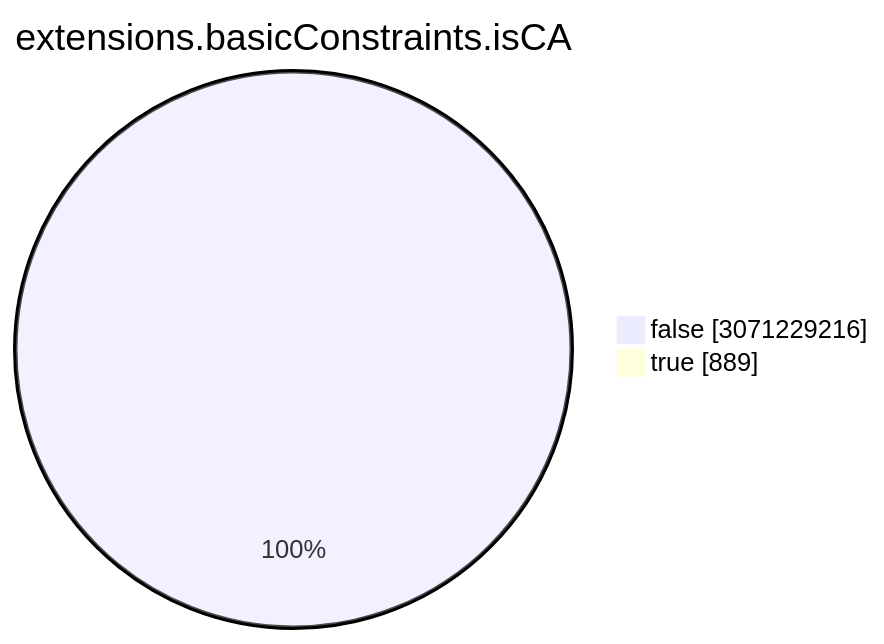
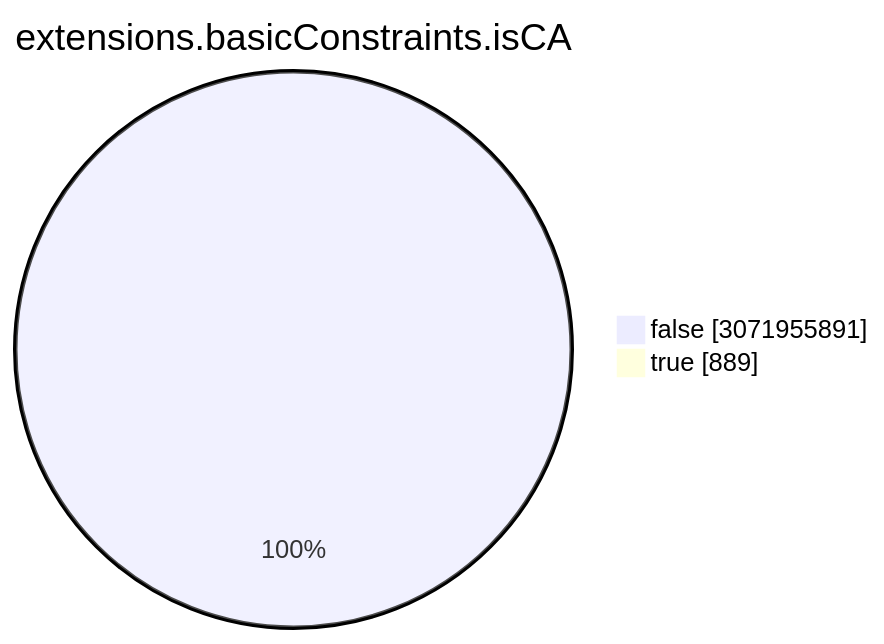
One commit to christiankrug/ctmonitor_visualization changed the seventh of 15 diagrams in TOTAL/README.md. Above: the diagram before and after it, drawn with Mermaid. The commit also changed other lines of this file, not shown here.

````diff
--- a/TOTAL/README.md
+++ b/TOTAL/README.md
@@ -3088,6 +3088,6 @@
 ```mermaid
 pie showData
 title extensions.basicConstraints.isCA
-"false" :3071229216
+"false" :3071955891
 "true" :889
 ```
````
